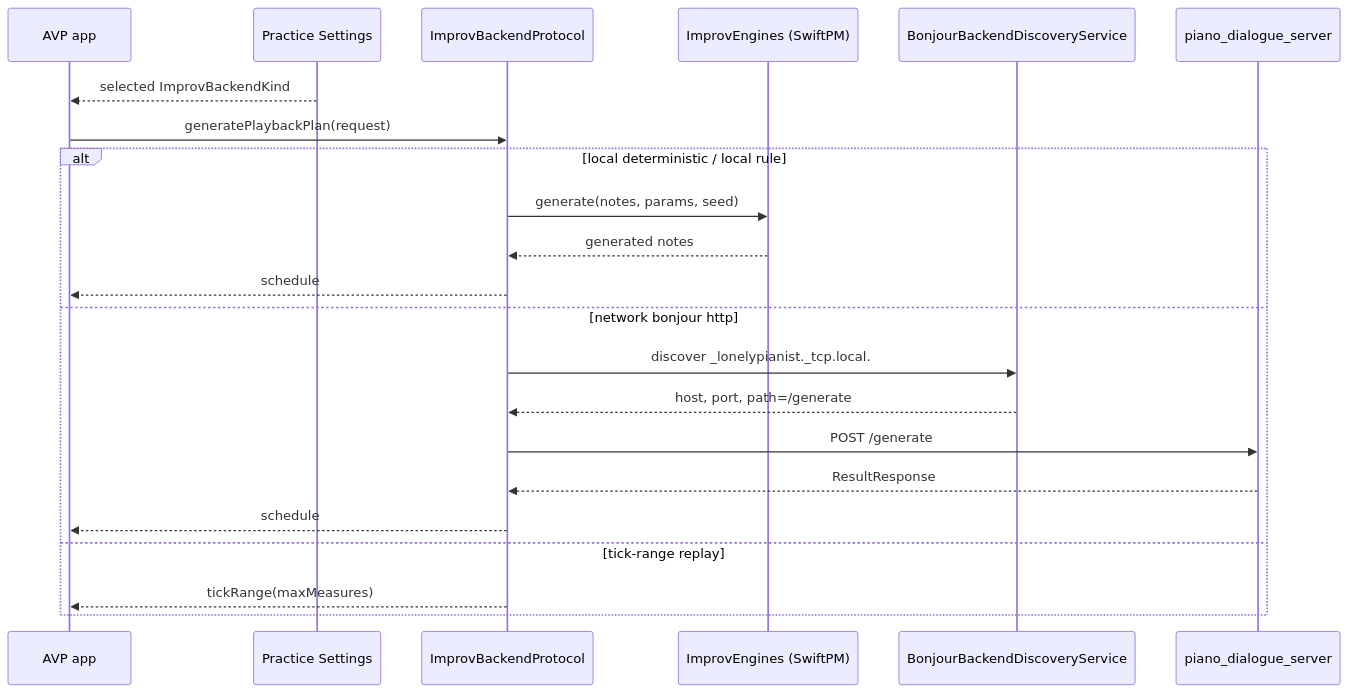
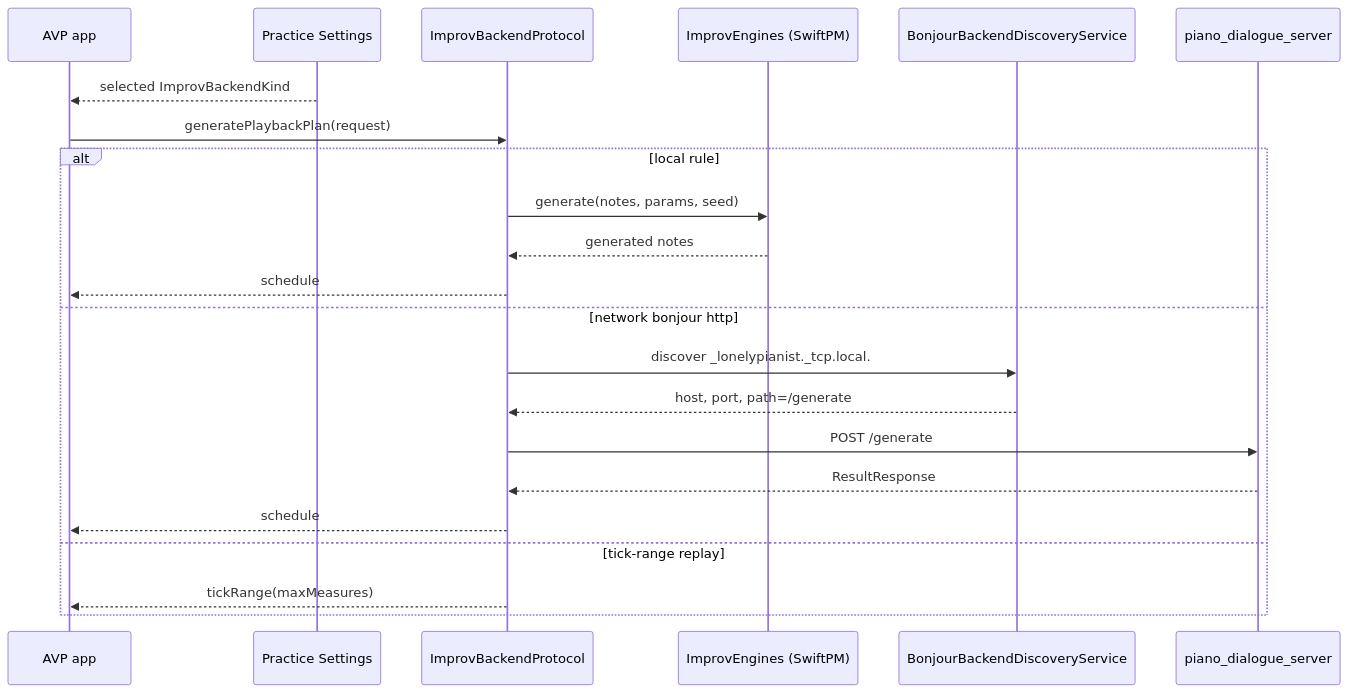
The fourth of 4 diagrams in docs/data-flow.md (chiimagnus/Amoroso), drawn with Mermaid before and after one commit. The commit also changed other lines of this file and 12 other files, not shown here.

````diff
--- a/docs/data-flow.md
+++ b/docs/data-flow.md
@@ -108,25 +107,25 @@
 ```mermaid
 sequenceDiagram
   participant AVP as AVP app
   participant Settings as Practice Settings
   participant Backend as ImprovBackendProtocol
   participant Engines as ImprovEngines (SwiftPM)
   participant Bonjour as BonjourBackendDiscoveryService
   participant API as piano_dialogue_server
 
   Settings-->>AVP: selected ImprovBackendKind
   AVP->>Backend: generatePlaybackPlan(request)
-  alt local deterministic / local rule
+  alt local rule
     Backend->>Engines: generate(notes, params, seed)
     Engines-->>Backend: generated notes
     Backend-->>AVP: schedule
   else network bonjour http
     Backend->>Bonjour: discover _lonelypianist._tcp.local.
     Bonjour-->>Backend: host, port, path=/generate
     Backend->>API: POST /generate
     API-->>Backend: ResultResponse
     Backend-->>AVP: schedule
   else tick-range replay
     Backend-->>AVP: tickRange(maxMeasures)
   end
 ```
````
